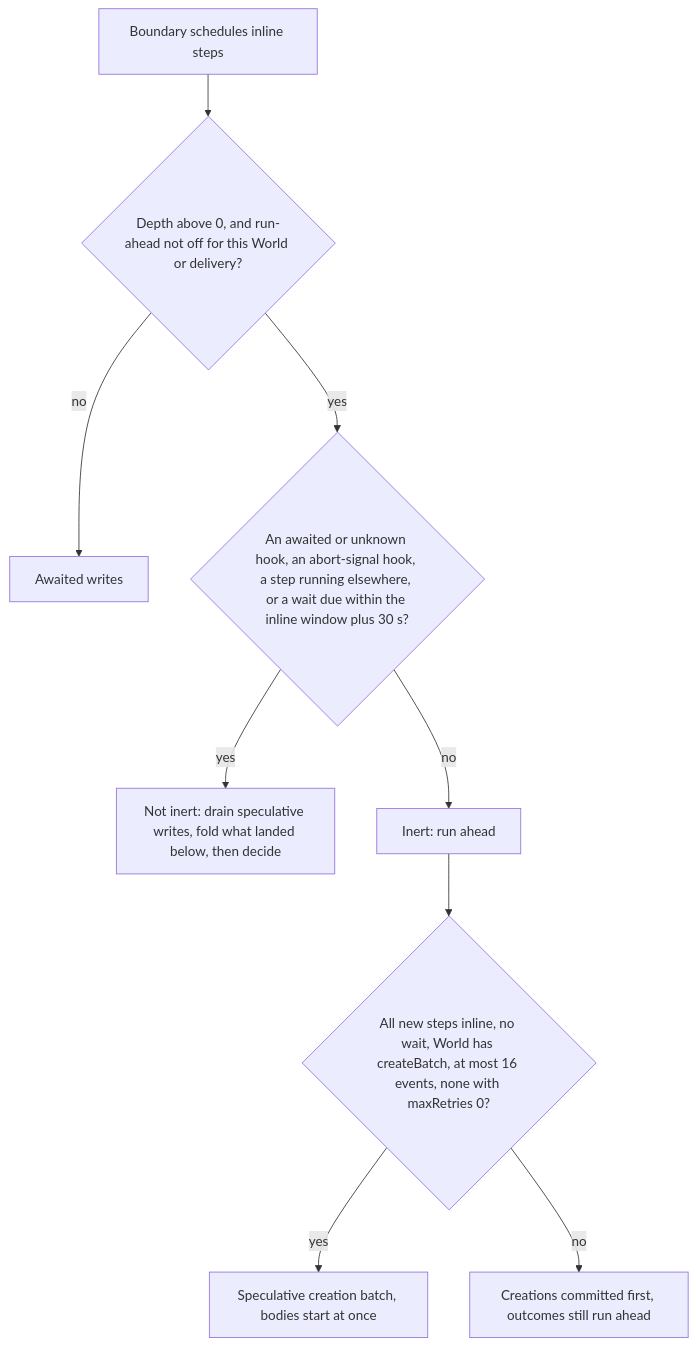
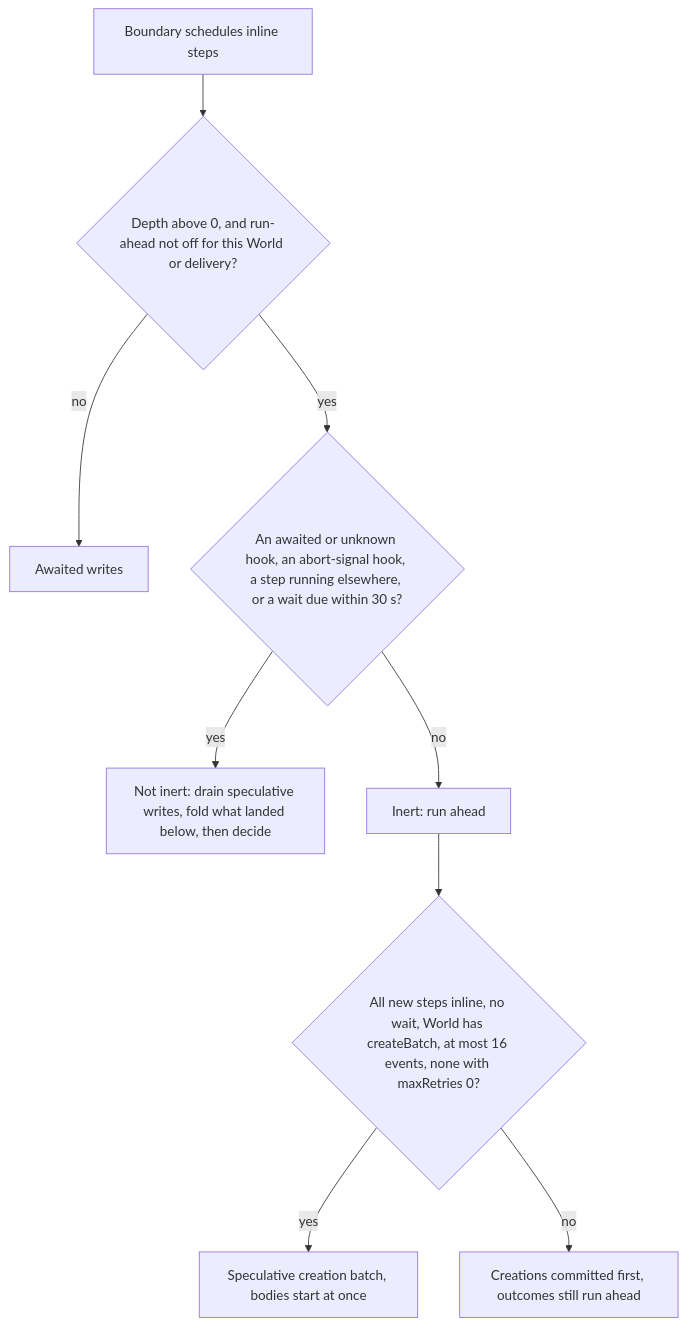
One commit to vercel/workflow changed the fourth of 21 diagrams in packages/core/src/runtime/spec9/README.md. Above: the diagram before and after it, drawn with Mermaid. The commit also changed other lines of this file and 5 other files, not shown here.

Commit message:
[core] PoC: spec 9 run-ahead counts a wait as due only within the skew allowance

````diff
--- a/packages/core/src/runtime/spec9/README.md
+++ b/packages/core/src/runtime/spec9/README.md
@@ -462,11 +462,11 @@
 ```mermaid
 flowchart TD
     A["Boundary schedules inline steps"] --> B{"Depth above 0, and run-ahead not off for this World or delivery?"}
     B -->|"no"| AW["Awaited writes"]
-    B -->|"yes"| C{"An awaited or unknown hook, an abort-signal hook, a step running elsewhere, or a wait due within the inline window plus 30 s?"}
+    B -->|"yes"| C{"An awaited or unknown hook, an abort-signal hook, a step running elsewhere, or a wait due within 30 s?"}
     C -->|"yes"| DR["Not inert: drain speculative writes, fold what landed below, then decide"]
     C -->|"no"| G["Inert: run ahead"]
     G --> H{"All new steps inline, no wait, World has createBatch, at most 16 events, none with maxRetries 0?"}
     H -->|"yes"| SC["Speculative creation batch, bodies start at once"]
     H -->|"no"| PC["Creations committed first, outcomes still run ahead"]
 ```
````
